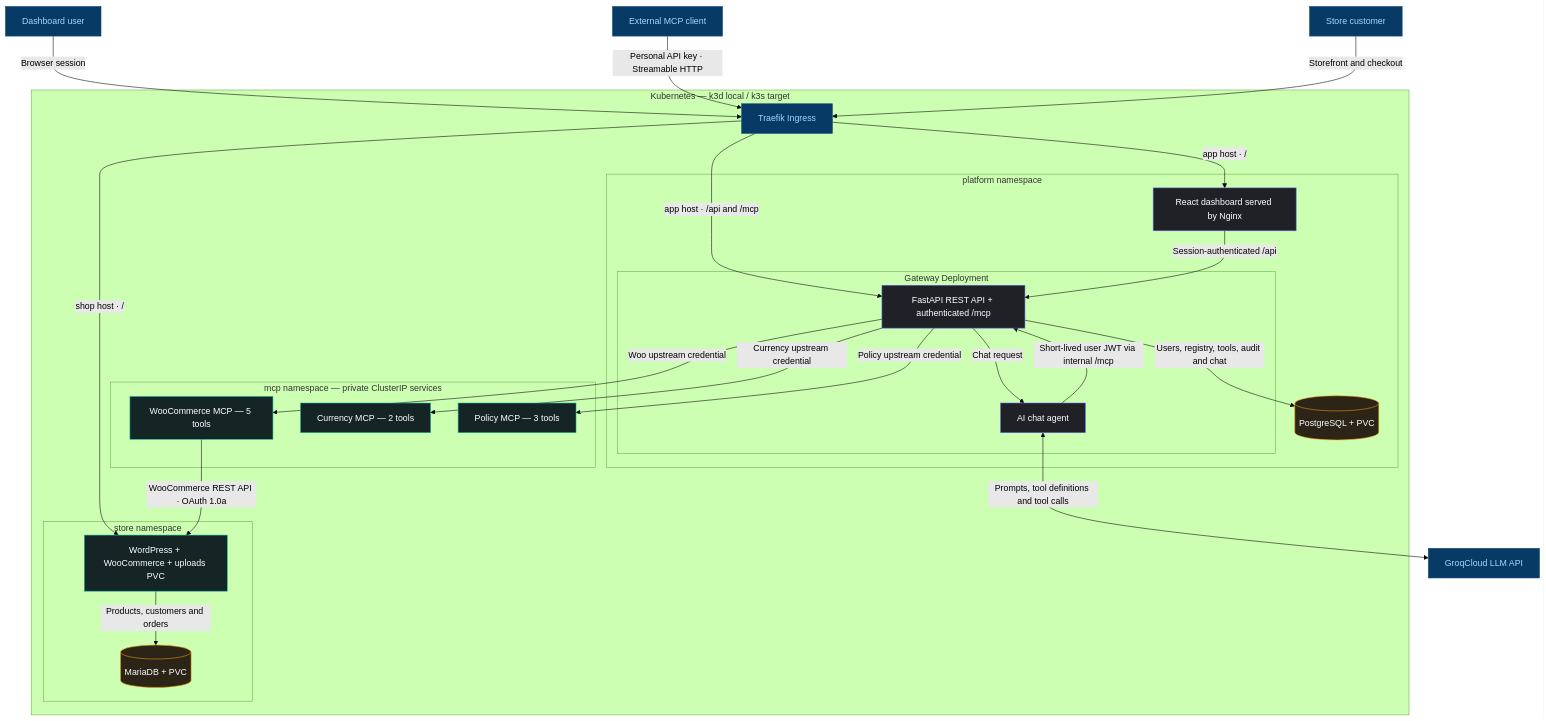
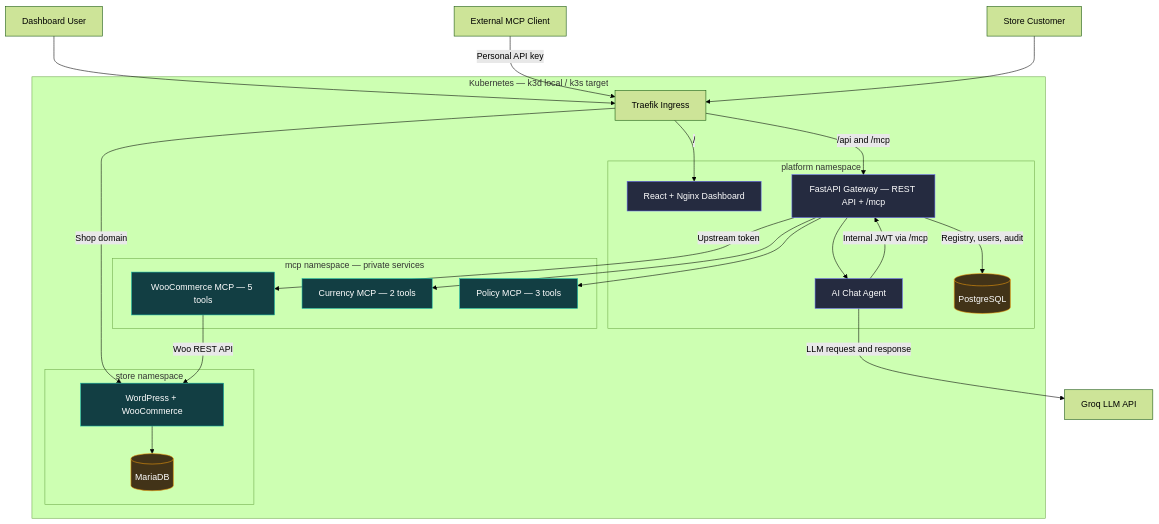
One commit to arjun-chouksey/k8s-mcp-gateway changed the diagram in README.md. Above: the diagram before and after it, drawn with Mermaid (forest theme).

Commit message:
Simplify the README architecture diagram

````diff
--- a/README.md
+++ b/README.md
@@ -16,65 +16,56 @@
 ```mermaid
 flowchart TB
-    USER["Dashboard user"]
-    CLIENT["External MCP client"]
-    SHOPPER["Store customer"]
-    LLM["GroqCloud LLM API"]
+   USER["Dashboard User"]
+   CLIENT["External MCP Client"]
+   SHOPPER["Store Customer"]
+   LLM["Groq LLM API"]
 
-    subgraph K8S["Kubernetes — k3d local / k3s target"]
-        ING["Traefik Ingress"]
+   subgraph K8S["Kubernetes — k3d local / k3s target"]
+       ING["Traefik Ingress"]
 
-        subgraph PLATFORM["platform namespace"]
-            UI["React dashboard served by Nginx"]
+       subgraph PLATFORM["platform namespace"]
+           UI["React + Nginx Dashboard"]
+           GW["FastAPI Gateway — REST API + /mcp"]
+           AGENT["AI Chat Agent"]
+           PG[("PostgreSQL")]
+       end
 
-            subgraph GATEWAY["Gateway Deployment"]
-                GW["FastAPI REST API + authenticated /mcp"]
-                AGENT["AI chat agent"]
-            end
+       subgraph MCP["mcp namespace — private services"]
+           WOO["WooCommerce MCP — 5 tools"]
+           CUR["Currency MCP — 2 tools"]
+           POL["Policy MCP — 3 tools"]
+       end
 
-            PG[("PostgreSQL + PVC")]
-        end
+       subgraph STORE["store namespace"]
+           WP["WordPress + WooCommerce"]
+           DB[("MariaDB")]
+       end
+   end
 
-        subgraph MCP["mcp namespace — private ClusterIP services"]
-            WOO["WooCommerce MCP — 5 tools"]
-            CUR["Currency MCP — 2 tools"]
-            POL["Policy MCP — 3 tools"]
-        end
+   USER --> ING
+   CLIENT -->|"Personal API key"| ING
+   SHOPPER --> ING
 
-        subgraph STORE["store namespace"]
-            WP["WordPress + WooCommerce + uploads PVC"]
-            DB[("MariaDB + PVC")]
-        end
-    end
+   ING -->|"/"| UI
+   ING -->|"/api and /mcp"| GW
+   ING -->|"Shop domain"| WP
 
-    USER -->|"Browser session"| ING
-    CLIENT -->|"Personal API key · Streamable HTTP"| ING
-    SHOPPER -->|"Storefront and checkout"| ING
+   GW --> AGENT
+   AGENT -->|"Internal JWT via /mcp"| GW
+   AGENT -->|"LLM request and response"| LLM
+   GW -->|"Registry, users, audit"| PG
 
-    ING -->|"app host · /"| UI
-    ING -->|"app host · /api and /mcp"| GW
-    ING -->|"shop host · /"| WP
-    UI -->|"Session-authenticated /api"| GW
+   GW -->|"Upstream token"| WOO
+   GW --> CUR
+   GW --> POL
+   WOO -->|"Woo REST API"| WP
+   WP --> DB
 
-    GW -->|"Chat request"| AGENT
-    AGENT <-->|"Prompts, tool definitions and tool calls"| LLM
-    AGENT -->|"Short-lived user JWT via internal /mcp"| GW
-    GW -->|"Users, registry, tools, audit and chat"| PG
+   classDef application fill:#252b40,stroke:#6366f1,color:#ffffff
+   classDef upstream fill:#123e43,stroke:#14b8a6,color:#ffffff
+   classDef storage fill:#423318,stroke:#f59e0b,color:#ffffff
 
-    GW -->|"Woo upstream credential"| WOO
-    GW -->|"Currency upstream credential"| CUR
-    GW -->|"Policy upstream credential"| POL
-    WOO -->|"WooCommerce REST API · OAuth 1.0a"| WP
-    WP -->|"Products, customers and orders"| DB
-
-    classDef client fill:#073b66,stroke:#155080,color:#a7d5ff
-    classDef ingress fill:#073b66,stroke:#155080,color:#a7d5ff
-    classDef application fill:#202126,stroke:#6366f1,color:#ffffff
-    classDef upstream fill:#152525,stroke:#14b8a6,color:#ffffff
-    classDef storage fill:#2b2417,stroke:#f59e0b,color:#ffffff
-
-    class USER,CLIENT,SHOPPER,LLM client
-    class ING ingress
-    class UI,GW,AGENT application
-    class WOO,CUR,POL,WP upstream
-    class PG,DB storage
+   class UI,GW,AGENT application
+   class WOO,CUR,POL,WP upstream
+   class PG,DB storage
 ```
````
